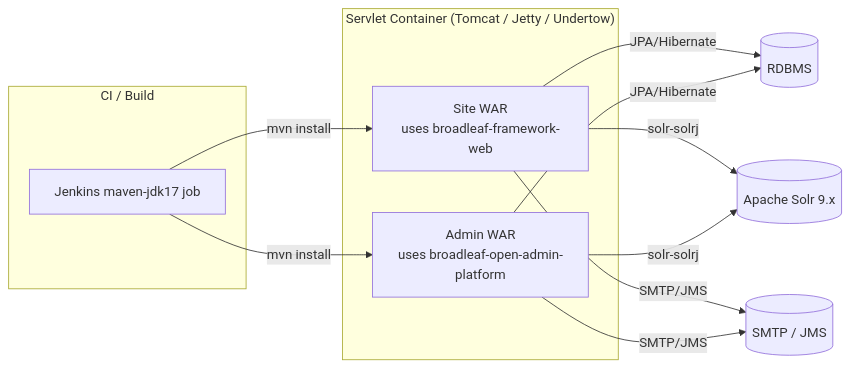
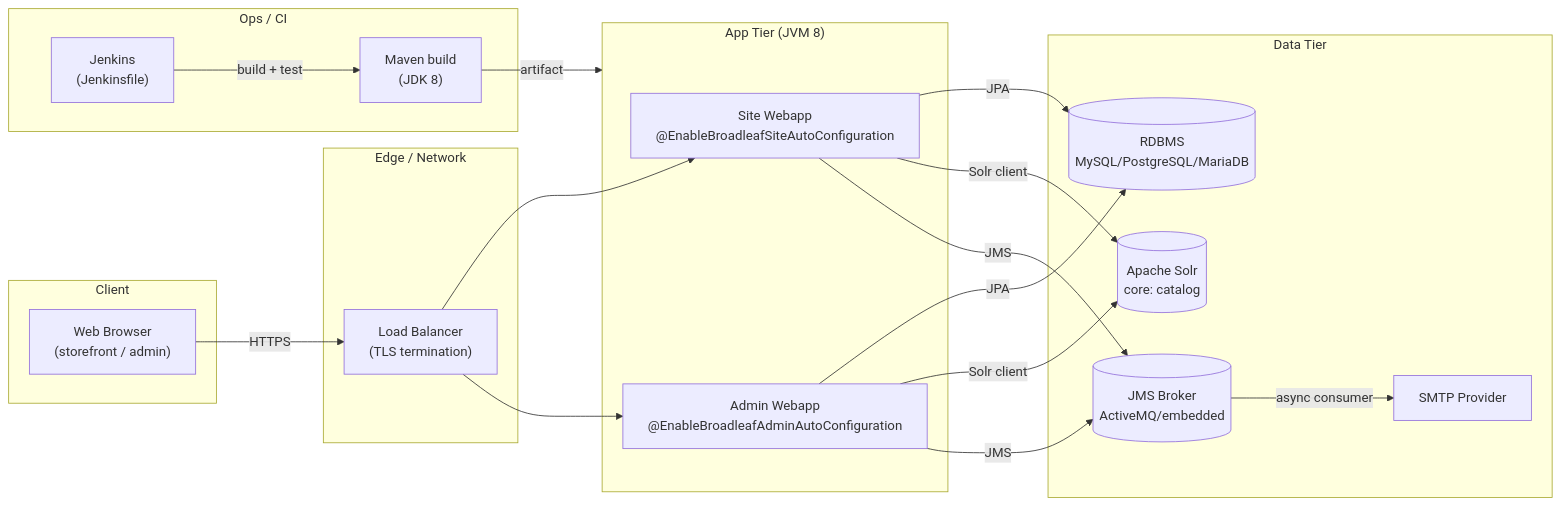
Before and after one commit to johrenberger/BroadleafCommerce: the tenth of 10 diagrams in app-dev-discovery-2026-06-10/2026-06-10-BroadleafCommerce-app-dev-discovery.md, drawn with Mermaid. The commit also changed other lines of this file and 2 other files, not shown here.

First line of the commit message:
docs(architecture): refresh BroadleafCommerce analysis (post-dedup)

````diff
--- a/app-dev-discovery-2026-06-10/2026-06-10-BroadleafCommerce-app-dev-discovery.md
+++ b/app-dev-discovery-2026-06-10/2026-06-10-BroadleafCommerce-app-dev-discovery.md
@@ -438,18 +804,36 @@
 ```mermaid
-graph LR
-    subgraph "Servlet Container (Tomcat / Jetty / Undertow)"
-        SiteWar[Site WAR<br/>uses broadleaf-framework-web]
-        AdminWar[Admin WAR<br/>uses broadleaf-open-admin-platform]
-    end
-    subgraph "CI / Build"
-        Jenkins[Jenkins maven-jdk17 job]
-    end
-    Jenkins -->|mvn install| SiteWar
-    Jenkins -->|mvn install| AdminWar
-    SiteWar -->|JPA/Hibernate| Db[(RDBMS)]
-    AdminWar -->|JPA/Hibernate| Db
-    SiteWar -->|solr-solrj| SolrServer[(Apache Solr 9.x)]
-    AdminWar -->|solr-solrj| SolrServer
-    SiteWar -->|SMTP/JMS| SmtpServer[(SMTP / JMS)]
-    AdminWar -->|SMTP/JMS| SmtpServer
+flowchart LR
+  subgraph Client["Client"]
+    Browser["Web Browser<br/>(storefront / admin)"]
+  end
+  subgraph Edge["Edge / Network"]
+    LB["Load Balancer<br/>(TLS termination)"]
+  end
+  subgraph AppTier["App Tier (JVM 8)"]
+    Site["Site Webapp<br/>@EnableBroadleafSiteAutoConfiguration"]
+    Admin["Admin Webapp<br/>@EnableBroadleafAdminAutoConfiguration"]
+  end
+  subgraph DataTier["Data Tier"]
+    DB[(RDBMS<br/>MySQL/PostgreSQL/MariaDB)]
+    Solr[(Apache Solr<br/>core: catalog)]
+    JMS[(JMS Broker<br/>ActiveMQ/embedded)]
+    SMTP["SMTP Provider"]
+  end
+  subgraph Ops["Ops / CI"]
+    Jenkins["Jenkins<br/>(Jenkinsfile)"]
+    Maven["Maven build<br/>(JDK 8)"]
+  end
+
+  Browser -->|HTTPS| LB
+  LB --> Site
+  LB --> Admin
+  Site -->|JPA| DB
+  Site -->|Solr client| Solr
+  Site -->|JMS| JMS
+  Admin -->|JPA| DB
+  Admin -->|Solr client| Solr
+  Admin -->|JMS| JMS
+  JMS -->|async consumer| SMTP
+  Jenkins -->|build + test| Maven
+  Maven -->|artifact| AppTier
 ```
````
